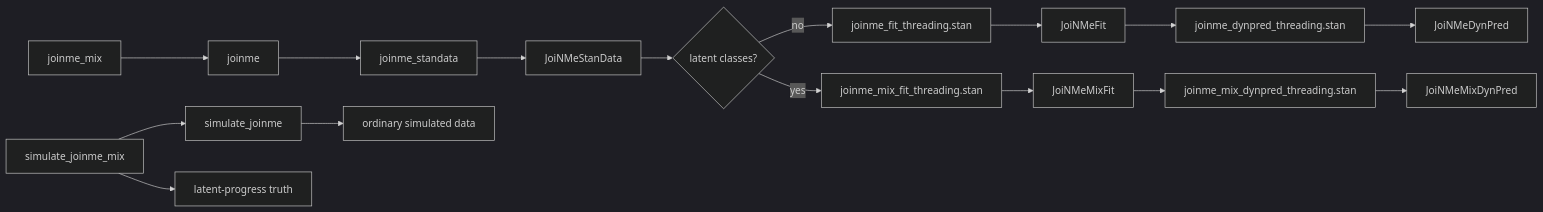
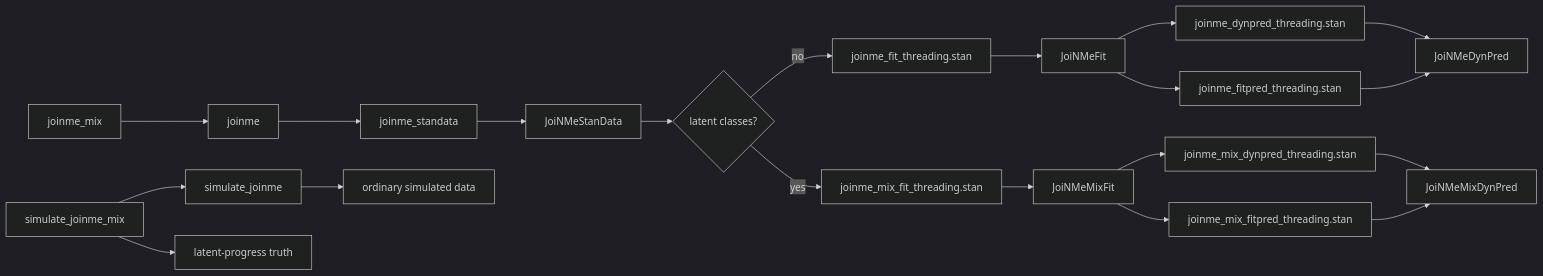
The first of 8 diagrams in notes/docs/architecture.md (trinhdhk/joinme), drawn with Mermaid (dark theme) before and after one commit. The commit also changed other lines of this file and 92 other files, not shown here.

````diff
--- a/notes/docs/architecture.md
+++ b/notes/docs/architecture.md
@@ -9,18 +11,22 @@
 ```mermaid
 flowchart LR
   A[joinme] --> B[joinme_standata]
   C[joinme_mix] --> A
   S[simulate_joinme] --> T[ordinary simulated data]
   U[simulate_joinme_mix] --> S
   U --> V[latent-progress truth]
   B --> D[JoiNMeStanData]
   D --> E{latent classes?}
   E -->|no| F[joinme_fit_threading.stan]
   E -->|yes| G[joinme_mix_fit_threading.stan]
   F --> H[JoiNMeFit]
   G --> I[JoiNMeMixFit]
   H --> J[joinme_dynpred_threading.stan]
   I --> K[joinme_mix_dynpred_threading.stan]
+  H --> N[joinme_fitpred_threading.stan]
+  I --> O[joinme_mix_fitpred_threading.stan]
   J --> L[JoiNMeDynPred]
   K --> M[JoiNMeMixDynPred]
+  N --> L
+  O --> M
 ```
````
